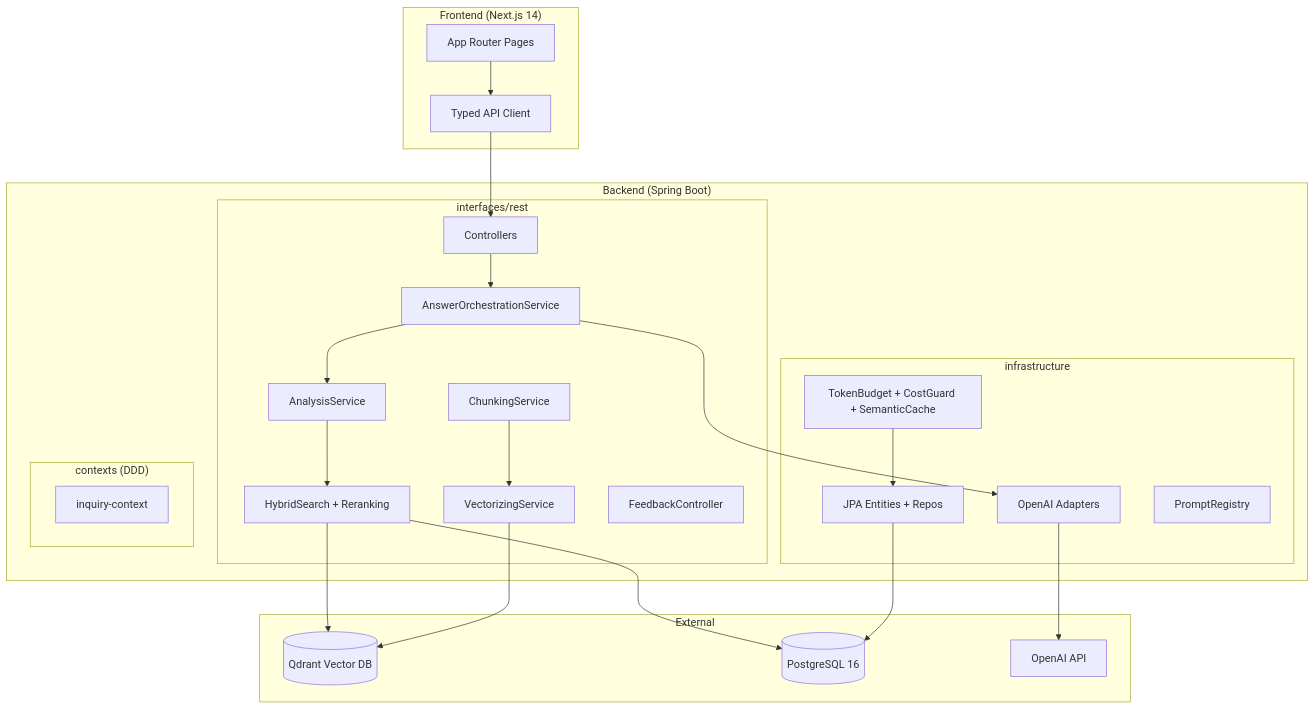
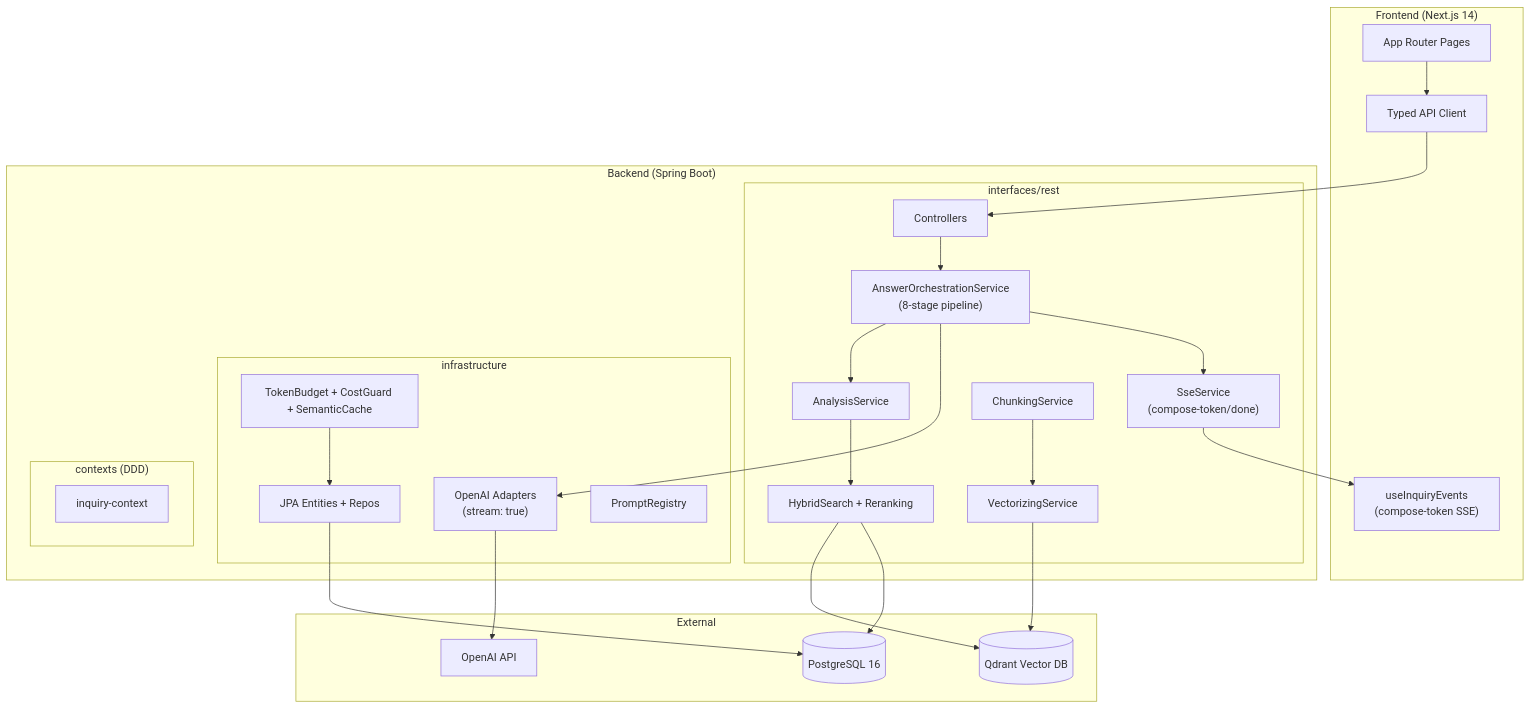
The diagram in CLAUDE.md (bigbulgogiburger/rag-bio), drawn with Mermaid before and after one commit. The commit also changed other lines of this file and 3 other files, not shown here.

````diff
--- a/CLAUDE.md
+++ b/CLAUDE.md
@@ -14,44 +14,46 @@
 ```mermaid
 graph TB
     subgraph Frontend["Frontend (Next.js 14)"]
         UI[App Router Pages]
         API_CLIENT[Typed API Client]
+        SSE_HOOK["useInquiryEvents\n(compose-token SSE)"]
     end
 
     subgraph Backend["Backend (Spring Boot)"]
         subgraph REST["interfaces/rest"]
             CTRL[Controllers]
             SEARCH[HybridSearch + Reranking]
             ANALYSIS[AnalysisService]
-            ORCHESTRATION[AnswerOrchestrationService]
+            ORCHESTRATION["AnswerOrchestrationService\n(8-stage pipeline)"]
+            SSE_SVC["SseService\n(compose-token/done)"]
             CHUNK[ChunkingService]
             VECTOR_SVC[VectorizingService]
-            FEEDBACK[FeedbackController]
         end
         subgraph INFRA["infrastructure"]
-            OPENAI[OpenAI Adapters]
+            OPENAI["OpenAI Adapters\n(stream: true)"]
             PERSISTENCE[JPA Entities + Repos]
             RAG_INFRA[TokenBudget + CostGuard + SemanticCache]
             PROMPT[PromptRegistry]
         end
         subgraph CONTEXTS["contexts (DDD)"]
             INQUIRY[inquiry-context]
         end
     end
 
     subgraph External
         QDRANT[(Qdrant Vector DB)]
         PG[(PostgreSQL 16)]
         OAI[OpenAI API]
     end
 
     UI --> API_CLIENT --> CTRL
     CTRL --> ORCHESTRATION
     ORCHESTRATION --> ANALYSIS --> SEARCH
     SEARCH --> QDRANT
     SEARCH --> PG
     ORCHESTRATION --> OPENAI --> OAI
+    ORCHESTRATION --> SSE_SVC --> SSE_HOOK
     CHUNK --> VECTOR_SVC --> QDRANT
     PERSISTENCE --> PG
     RAG_INFRA --> PERSISTENCE
 ```
````
